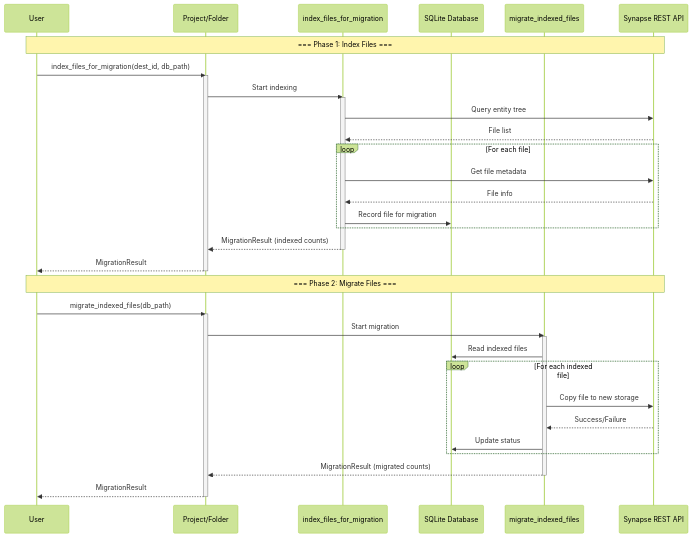
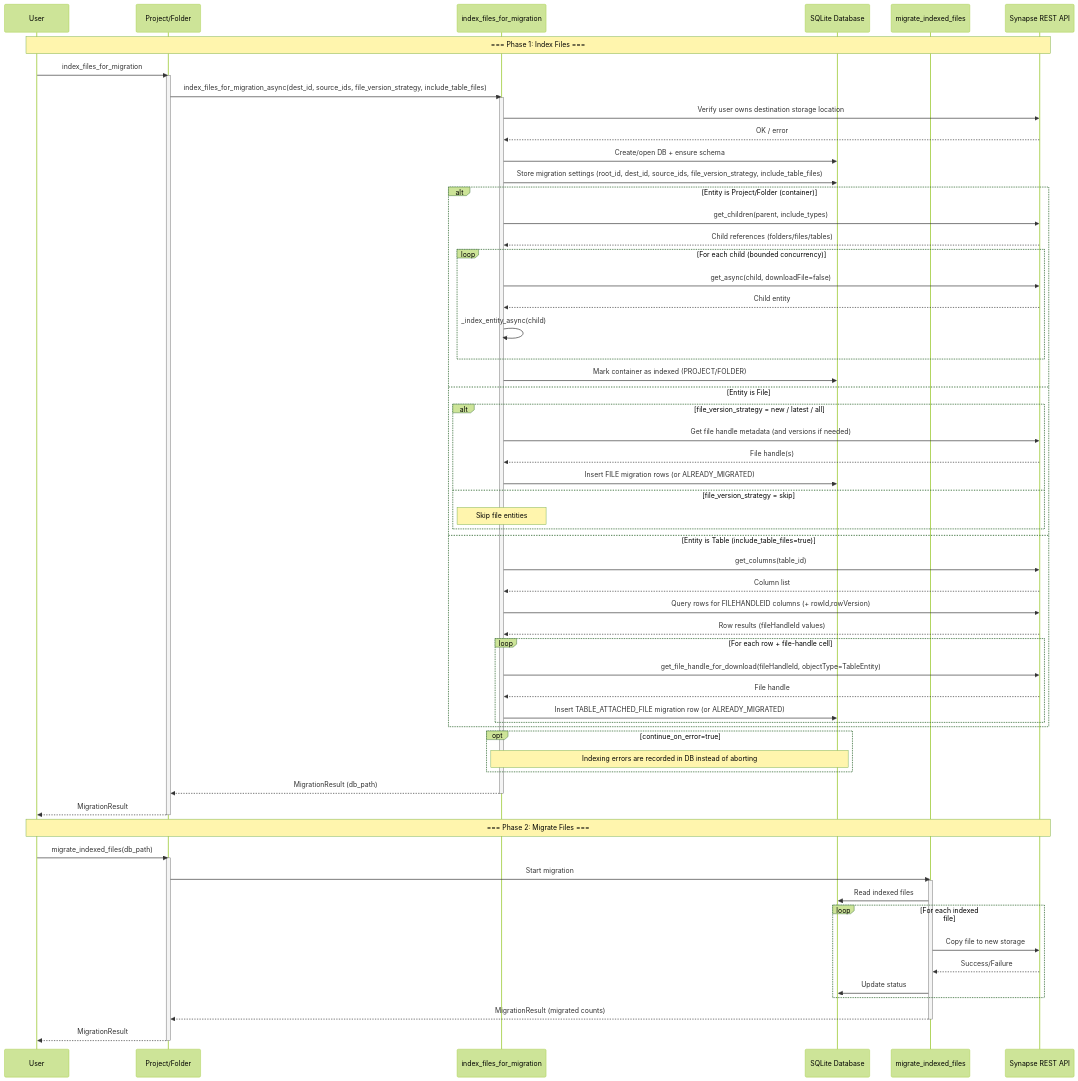
One commit to Sage-Bionetworks/synapsePythonClient changed the tenth of 10 diagrams in docs/explanations/storage_location_architecture.md. Above: the diagram before and after it, drawn with Mermaid (forest theme).

Commit message:
modify migration flow

```diff
--- a/docs/explanations/storage_location_architecture.md
+++ b/docs/explanations/storage_location_architecture.md
@@ -690,22 +690,56 @@
     participant Synapse as Synapse REST API
 
     Note over User,Synapse: === Phase 1: Index Files ===
-    User->>Entity: index_files_for_migration(dest_id, db_path)
+    User->>Entity: index_files_for_migration
     activate Entity
 
-    Entity->>IndexFn: Start indexing
+    Entity->>IndexFn: index_files_for_migration_async(dest_id, source_ids, file_version_strategy, include_table_files)
     activate IndexFn
 
-    IndexFn->>Synapse: Query entity tree
-    Synapse-->>IndexFn: File list
+    IndexFn->>Synapse: Verify user owns destination storage location
+    Synapse-->>IndexFn: OK / error
 
-    loop For each file
-        IndexFn->>Synapse: Get file metadata
-        Synapse-->>IndexFn: File info
-        IndexFn->>DB: Record file for migration
+    IndexFn->>DB: Create/open DB + ensure schema
+    IndexFn->>DB: Store migration settings (root_id, dest_id, source_ids, file_version_strategy, include_table_files)
+
+    alt Entity is Project/Folder (container)
+        IndexFn->>Synapse: get_children(parent, include_types)
+        Synapse-->>IndexFn: Child references (folders/files/tables)
+
+        loop For each child (bounded concurrency)
+            IndexFn->>Synapse: get_async(child, downloadFile=false)
+            Synapse-->>IndexFn: Child entity
+            IndexFn->>IndexFn: _index_entity_async(child)
+        end
+
+        IndexFn->>DB: Mark container as indexed (PROJECT/FOLDER)
+
+    else Entity is File
+        alt file_version_strategy = new / latest / all
+            IndexFn->>Synapse: Get file handle metadata (and versions if needed)
+            Synapse-->>IndexFn: File handle(s)
+            IndexFn->>DB: Insert FILE migration rows (or ALREADY_MIGRATED)
+        else file_version_strategy = skip
+            Note over IndexFn: Skip file entities
+        end
+
+    else Entity is Table (include_table_files=true)
+        IndexFn->>Synapse: get_columns(table_id)
+        Synapse-->>IndexFn: Column list
+        IndexFn->>Synapse: Query rows for FILEHANDLEID columns (+ rowId,rowVersion)
+        Synapse-->>IndexFn: Row results (fileHandleId values)
+        loop For each row + file-handle cell
+            IndexFn->>Synapse: get_file_handle_for_download(fileHandleId, objectType=TableEntity)
+            Synapse-->>IndexFn: File handle
+            IndexFn->>DB: Insert TABLE_ATTACHED_FILE migration row (or ALREADY_MIGRATED)
+        end
     end
 
-    IndexFn-->>Entity: MigrationResult (indexed counts)
+    opt continue_on_error=true
+        Note over IndexFn,DB: Indexing errors are recorded in DB instead of aborting
+    end
+
+    IndexFn-->>Entity: MigrationResult (db_path)
     deactivate IndexFn
 
     Entity-->>User: MigrationResult
```
